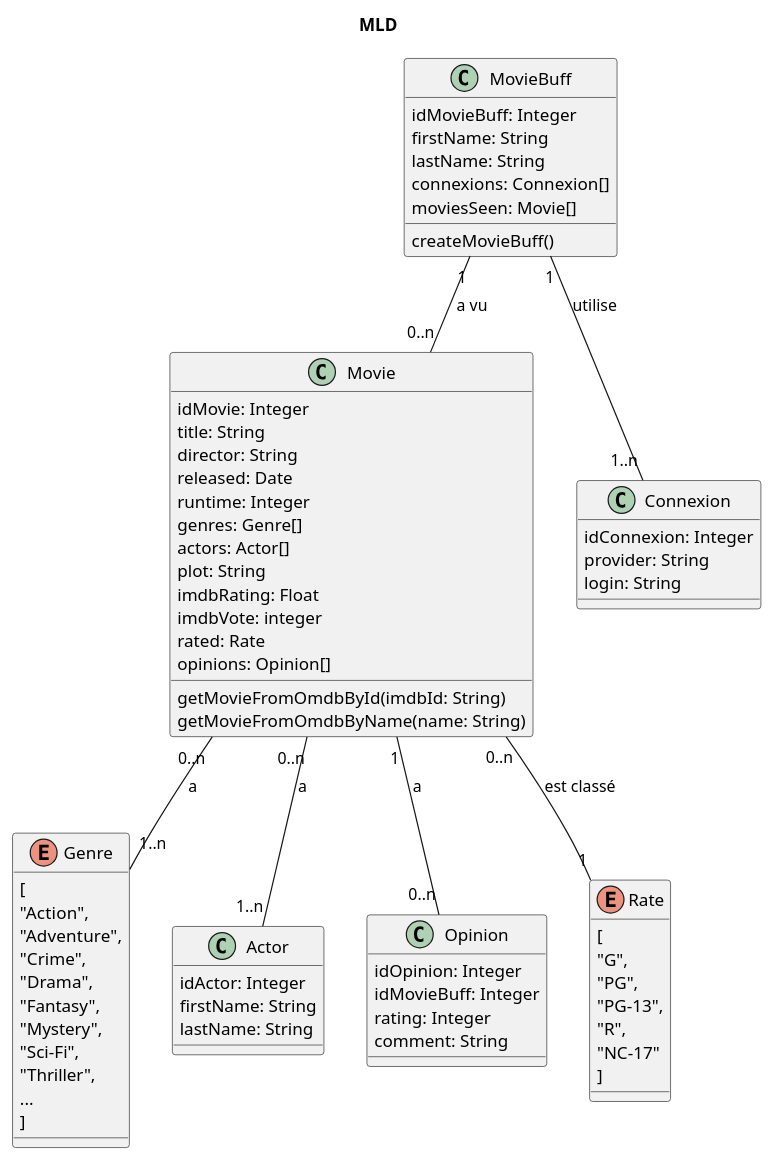
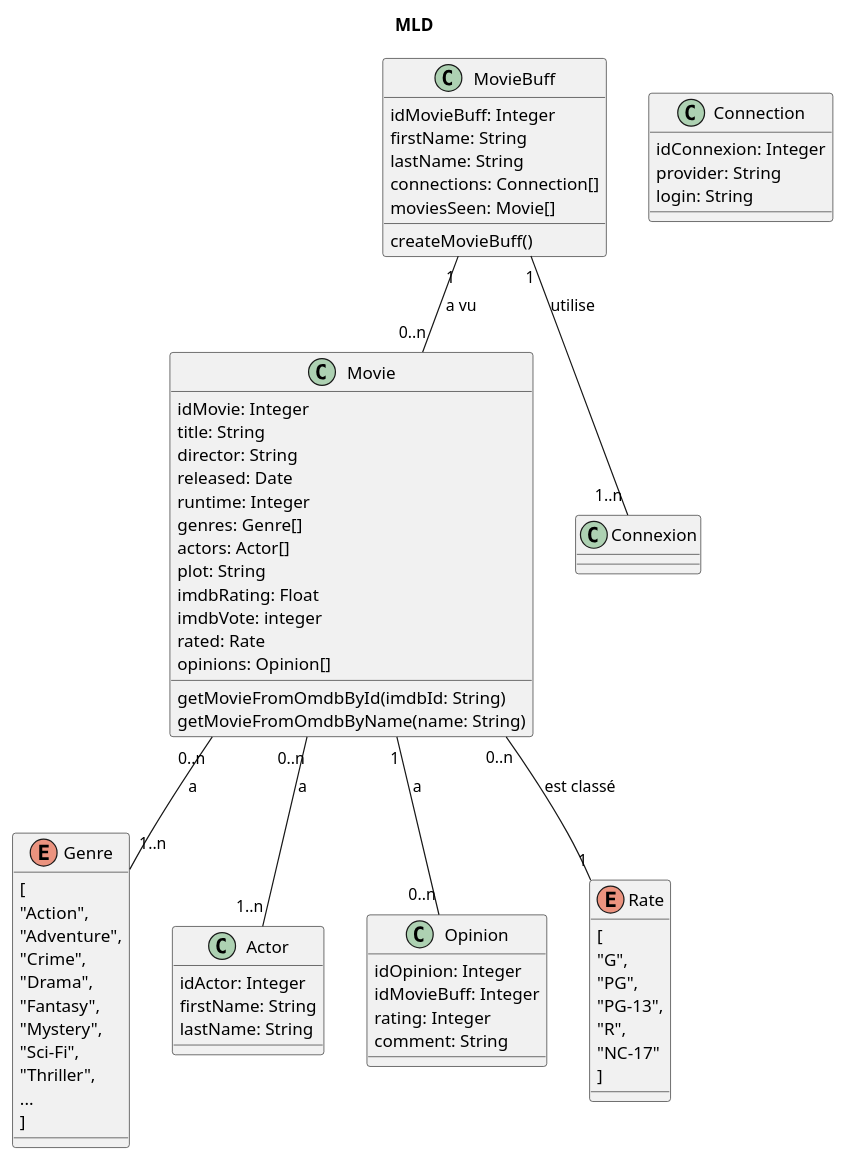
The second of 2 diagrams in documentation/model.puml (SylvainSimplonGit/red-thread), drawn with PlantUML before and after one commit.

Commit message:
Translate connexion

```diff
--- a/documentation/model.puml
+++ b/documentation/model.puml
@@ -35,83 +35,83 @@
 @startuml
 title MLD
 
 Movie                 "0..n" -- "1..n"     Genre : a
 Movie                 "0..n" -- "1..n"     Actor : a
 Movie                 "1"    -- "0..n"     Opinion : a
 Movie                 "0..n" -- "1"        Rate : est classé
 MovieBuff             "1"    -- "1..n"     Connexion : utilise
 MovieBuff             "1"    -- "0..n"     Movie : a vu
 
 class Movie {
   idMovie: Integer
   title: String
   director: String
   released: Date
   runtime: Integer
   genres: Genre[]
   actors: Actor[]
   plot: String
   imdbRating: Float
   imdbVote: integer
   rated: Rate
   opinions: Opinion[]
 
   getMovieFromOmdbById(imdbId: String)
   getMovieFromOmdbByName(name: String)
 }
 
 enum Genre {
   [
     "Action",
     "Adventure",
     "Crime",
     "Drama",
     "Fantasy",
     "Mystery",
     "Sci-Fi",
     "Thriller",
     ...
   ]
 }
 
 enum Rate {
   [
     "G",
     "PG",
     "PG-13",
     "R",
     "NC-17"
   ]
 }
 
 class Actor {
   idActor: Integer
   firstName: String
   lastName: String
 }
 
 class MovieBuff {
   idMovieBuff: Integer
   firstName: String
   lastName: String
-  connexions: Connexion[] 
+  connections: Connection[] 
   moviesSeen: Movie[]
 
   createMovieBuff()
 
 }
 
-class Connexion {
+class Connection {
   idConnexion: Integer
   provider: String
   login: String
 }
 
 class Opinion {
   idOpinion: Integer
   idMovieBuff: Integer
   rating: Integer
   comment: String
 }
 
 @enduml
```
